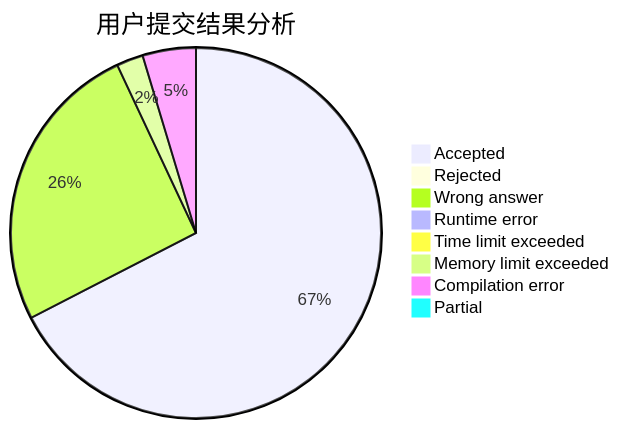
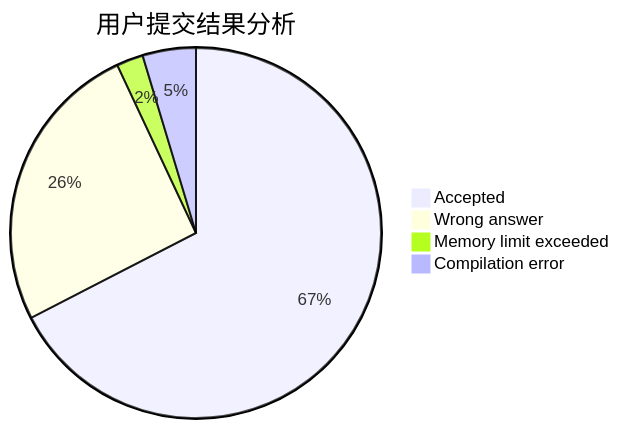
Before and after one commit to sherpahu/cfrs.github.io: the first of 3 diagrams in docs/user/u1841.md, drawn with Mermaid. The commit also changed other lines of this file and 2770 other files, not shown here.

````diff
--- a/docs/user/u1841.md
+++ b/docs/user/u1841.md
@@ -5,11 +5,7 @@
 ```mermaid
 pie title 用户提交结果分析
     "Accepted" :  29
-    "Rejected" :  0
     "Wrong answer" :  11
-    "Runtime error" :  0
-    "Time limit exceeded" :  0
     "Memory limit exceeded" :  1
     "Compilation error" :  2
-    "Partial" :  0
 ```
````
